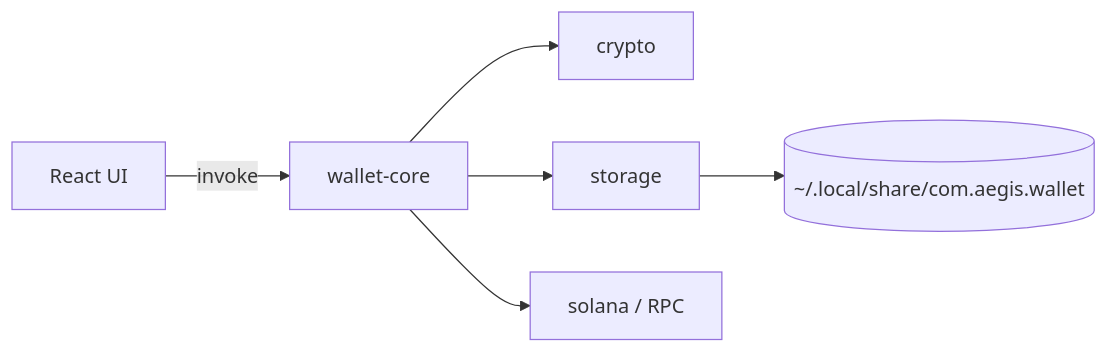
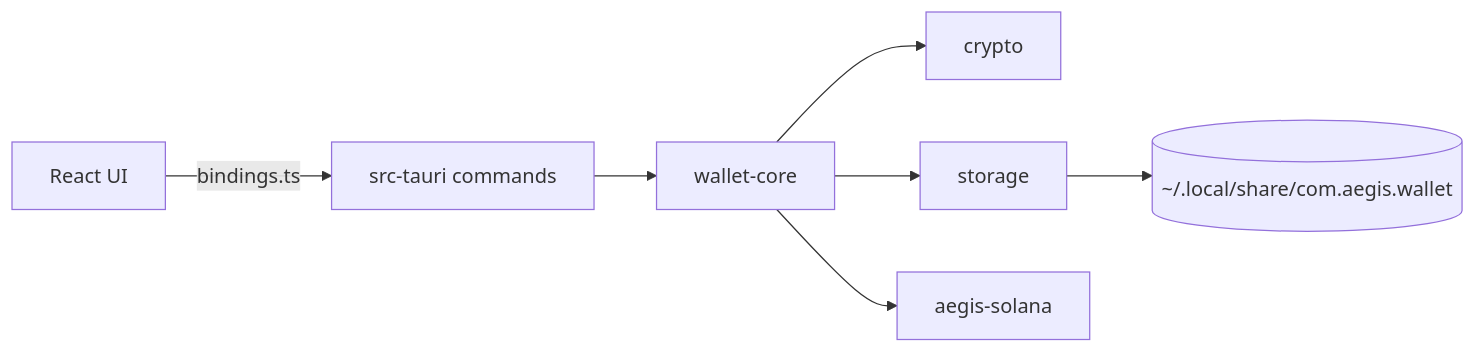
Before and after one commit to antonpiat/taurvia: the second of 2 diagrams in README.md, drawn with Mermaid. The commit also changed other lines of this file and 28 other files, not shown here.

````diff
--- a/README.md
+++ b/README.md
@@ -125,8 +125,9 @@
 ```mermaid
 flowchart LR
-  UI["React UI"] -->|invoke| WC["wallet-core"]
+  UI["React UI"] -->|bindings.ts| Shell["src-tauri commands"]
+  Shell --> WC["wallet-core"]
   WC --> CRYPTO["crypto"]
   WC --> STORE["storage"]
-  WC --> SOL["solana / RPC"]
+  WC --> SOL["aegis-solana"]
   STORE --> DISK[("~/.local/share/com.aegis.wallet")]
 ```
````
